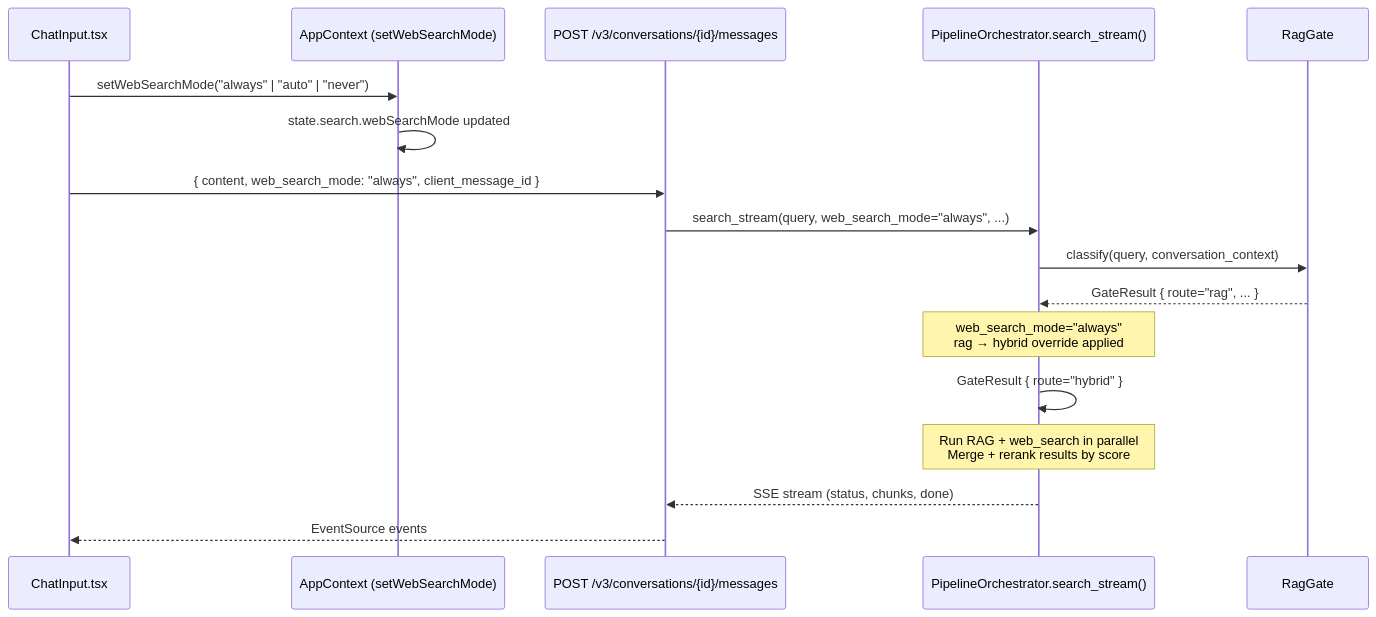
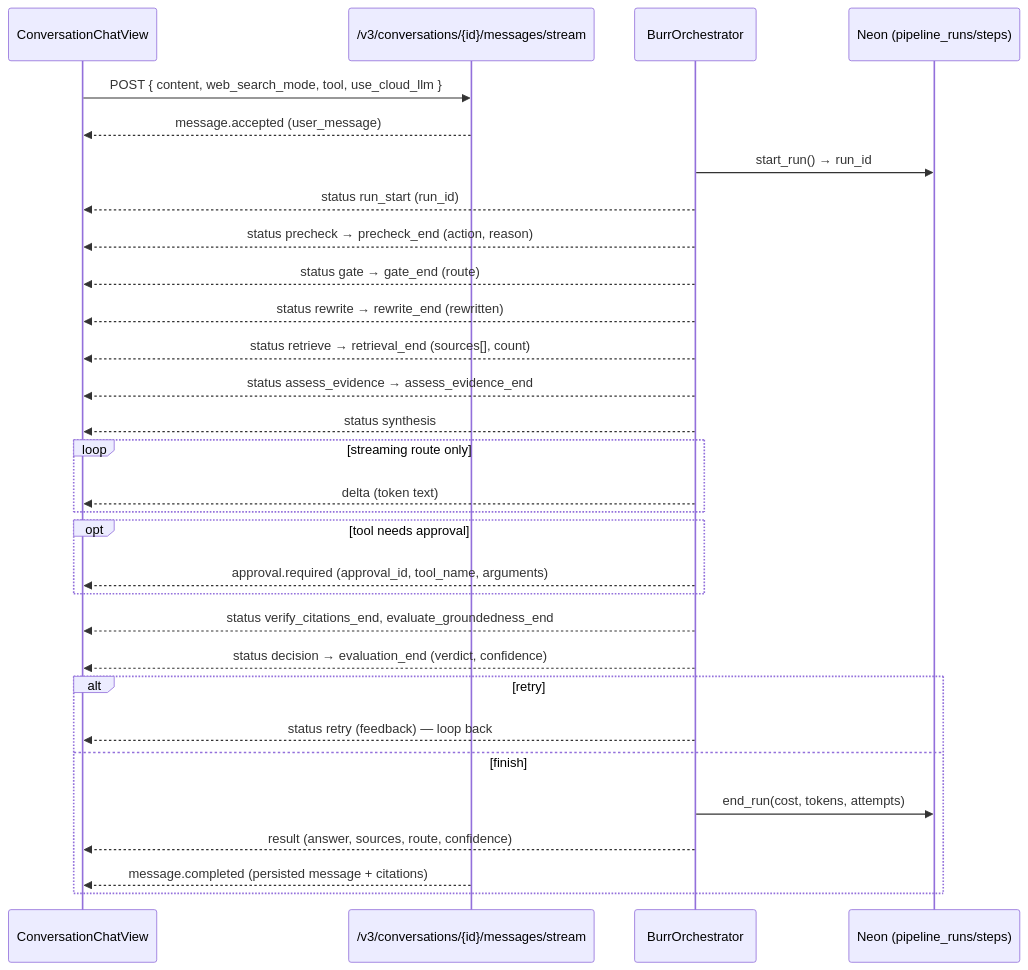
Before and after one commit to OmgItsAmmer/Scrutinize: diagram 11 of 11 in docs/architecture/diagram.md, drawn with Mermaid. The commit also changed other lines of this file and 40 other files, not shown here.

````diff
--- a/docs/architecture/diagram.md
+++ b/docs/architecture/diagram.md
@@ -321,20 +399,33 @@
 ```mermaid
 sequenceDiagram
-    participant FE as ChatInput.tsx
-    participant CTX as AppContext (setWebSearchMode)
-    participant API as POST /v3/conversations/{id}/messages
-    participant ORCH as PipelineOrchestrator.search_stream()
-    participant GATE as RagGate
+    participant FE as ConversationChatView
+    participant API as /v3/conversations/{id}/messages/stream
+    participant B as BurrOrchestrator
+    participant DB as Neon (pipeline_runs/steps)
 
-    FE->>CTX: setWebSearchMode("always" | "auto" | "never")
-    CTX->>CTX: state.search.webSearchMode updated
-    FE->>API: { content, web_search_mode: "always", client_message_id }
-    API->>ORCH: search_stream(query, web_search_mode="always", ...)
-    ORCH->>GATE: classify(query, conversation_context)
-    GATE-->>ORCH: GateResult { route="rag", ... }
-    Note over ORCH: web_search_mode="always"<br/>rag → hybrid override applied
-    ORCH->>ORCH: GateResult { route="hybrid" }
-    Note over ORCH: Run RAG + web_search in parallel<br/>Merge + rerank results by score
-    ORCH-->>API: SSE stream (status, chunks, done)
-    API-->>FE: EventSource events
+    FE->>API: POST { content, web_search_mode, tool, use_cloud_llm }
+    API-->>FE: message.accepted (user_message)
+    B->>DB: start_run() → run_id
+    B-->>FE: status run_start (run_id)
+    B-->>FE: status precheck → precheck_end (action, reason)
+    B-->>FE: status gate → gate_end (route)
+    B-->>FE: status rewrite → rewrite_end (rewritten)
+    B-->>FE: status retrieve → retrieval_end (sources[], count)
+    B-->>FE: status assess_evidence → assess_evidence_end
+    B-->>FE: status synthesis
+    loop streaming route only
+        B-->>FE: delta (token text)
+    end
+    opt tool needs approval
+        B-->>FE: approval.required (approval_id, tool_name, arguments)
+    end
+    B-->>FE: status verify_citations_end, evaluate_groundedness_end
+    B-->>FE: status decision → evaluation_end (verdict, confidence)
+    alt retry
+        B-->>FE: status retry (feedback) — loop back
+    else finish
+        B->>DB: end_run(cost, tokens, attempts)
+        B-->>FE: result (answer, sources, route, confidence)
+        API-->>FE: message.completed (persisted message + citations)
+    end
 ```
````
